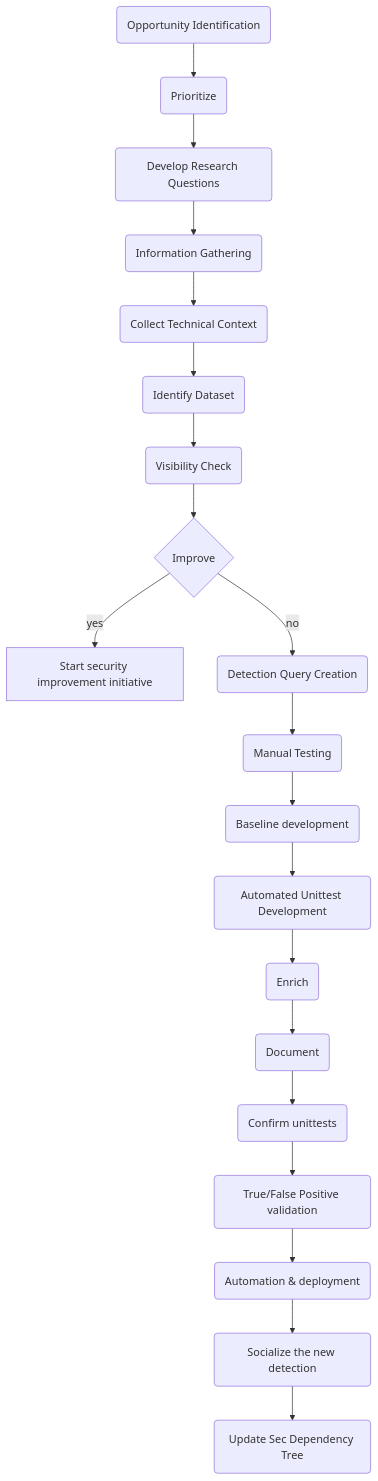
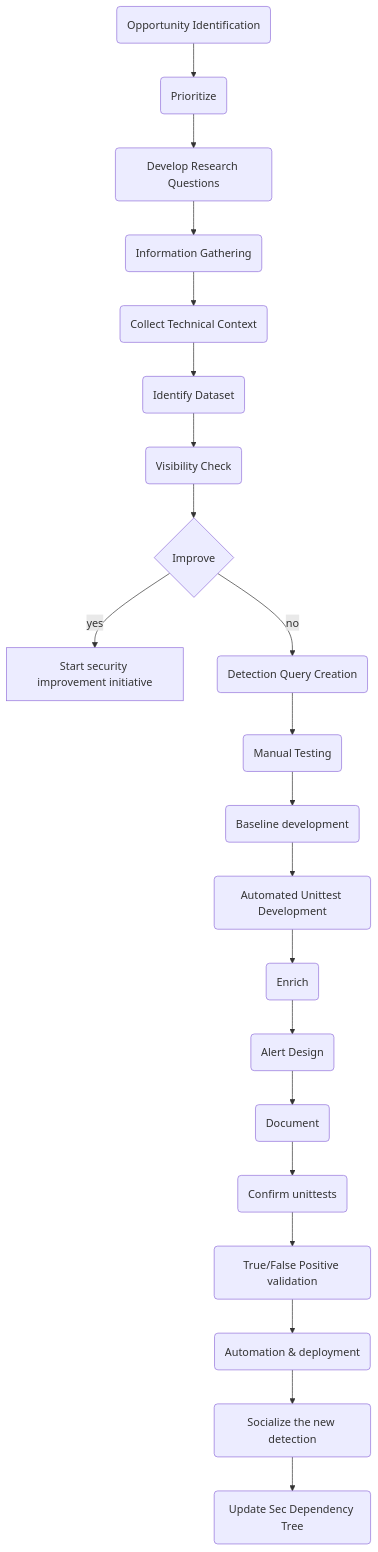
Before and after one commit to aviyachki/odef-site: the diagram in content/ODEF/phases/sunrise.md, drawn with Mermaid. The commit also changed other lines of this file and 2 other files, not shown here.

Commit message:
Phases: intake-driven opportunities, alert design, Health function, triage feedback, defined metrics, exceptions, review cadence

```diff
--- a/content/ODEF/phases/sunrise.md
+++ b/content/ODEF/phases/sunrise.md
@@ -240,22 +254,23 @@
 {{<mermaid align="left">}}
 graph TD;
 Research1(Opportunity Identification) -->Research2(Prioritize);
 Research2 -->Research3(Develop Research Questions);
 Research3 -->Research4(Information Gathering);
 Research4 -->Research5(Collect Technical Context);
 Research5 -->Prepare1(Identify Dataset);
 Prepare1 -->Prepare2(Visibility Check);
 Prepare2 -->Prepare3{Improve};
 Prepare3 --> |yes| cis[Start security improvement initiative];
 Prepare3 --> |no| Build1(Detection Query Creation);
 Build1 --> Build2(Manual Testing);
 Build2 --> Build3(Baseline development);
 Build3 --> Build4(Automated Unittest Development);
 Build4 -->Build5(Enrich);
-Build5 --> Build6(Document);
+Build5 --> Build5a(Alert Design);
+Build5a --> Build6(Document);
 Build6 -->  Validate1(Confirm unittests);
 Validate1 -->val2(True/False Positive validation);
 val2-->automate(Automation & deployment);
 automate --> share(Socialize the new detection);
 share -->share1(Update Sec Dependency Tree);
 {{< /mermaid >}}
```
